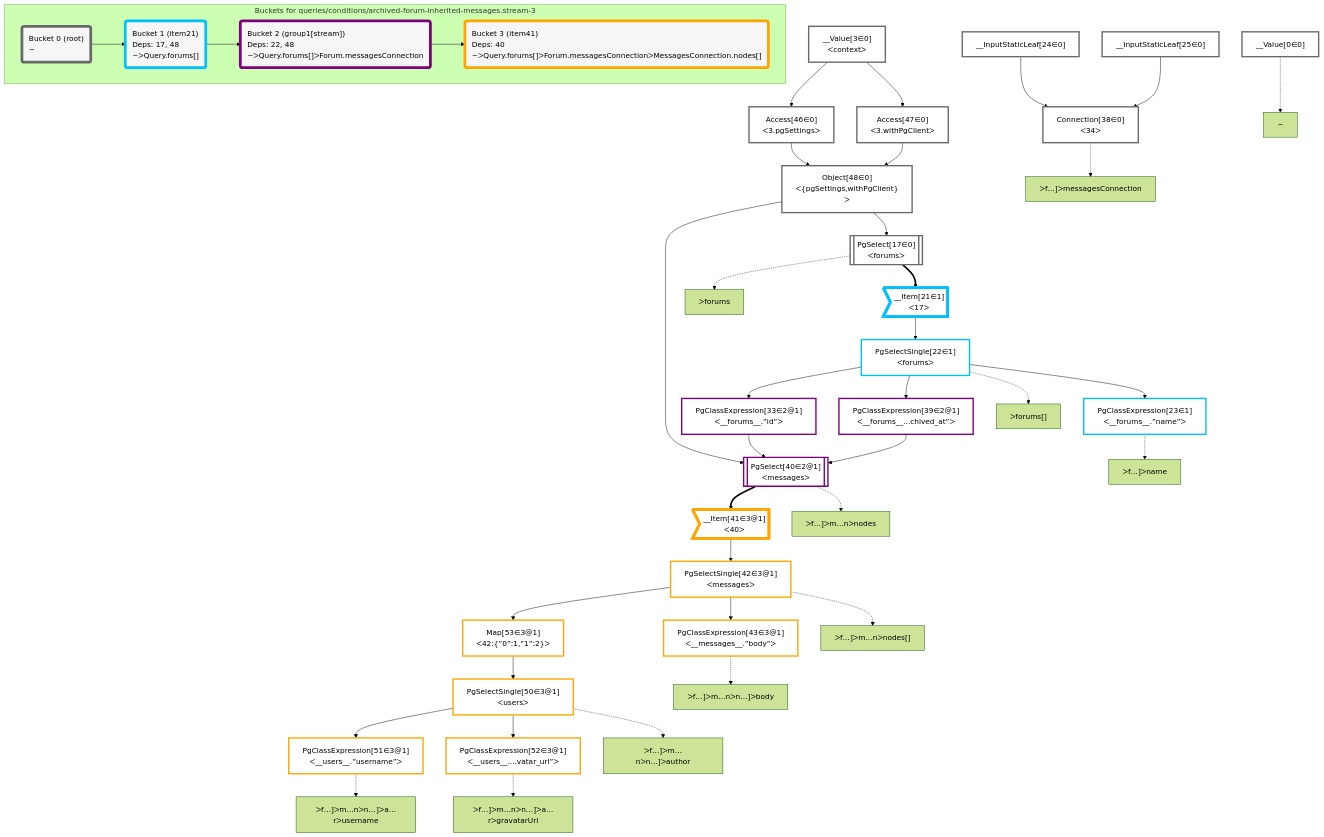
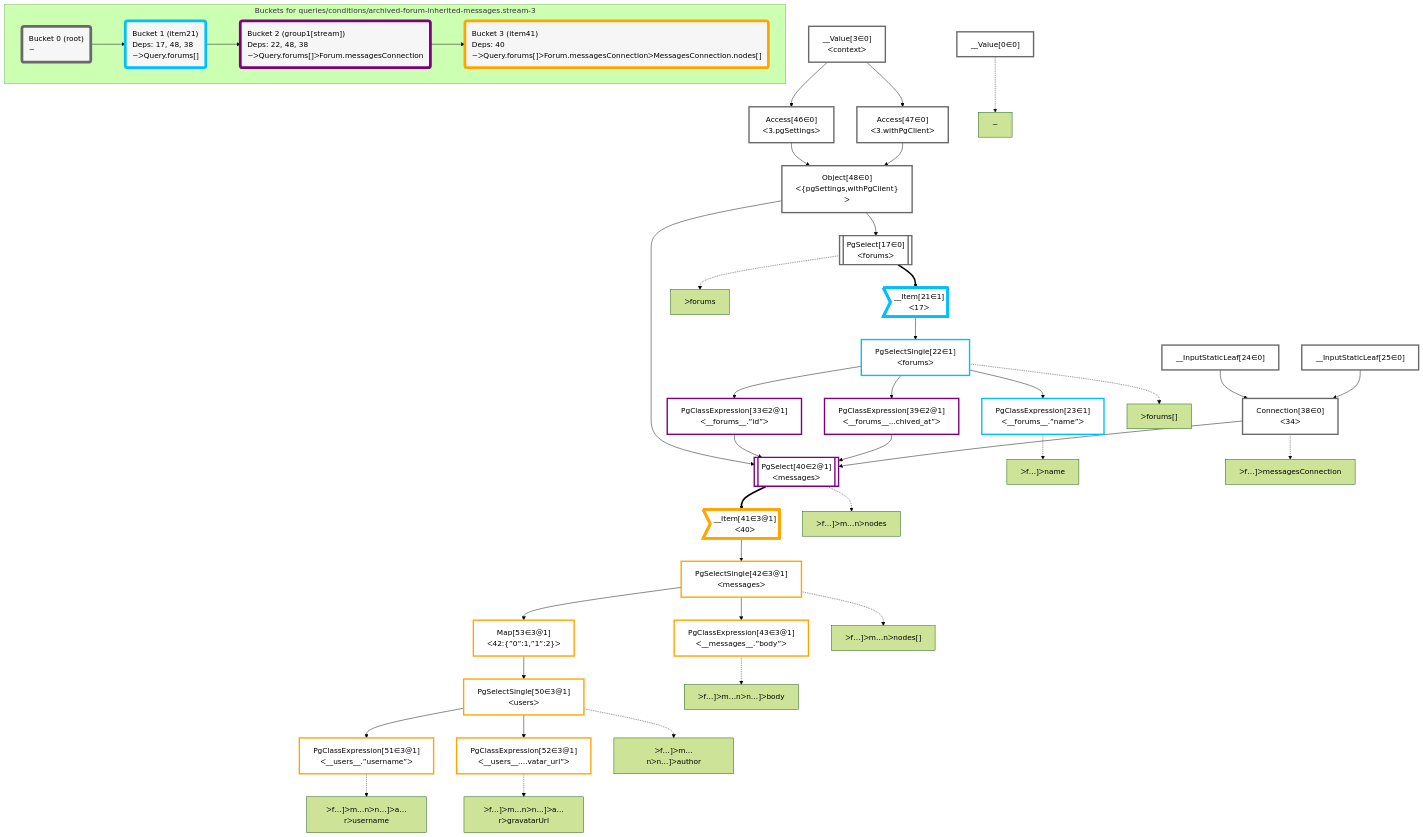
Before and after one commit to graphile/crystal: the diagram in packages/dataplan-pg/__tests__/queries/conditions/archived-forum-inherited-messages.stream-3.mermaid, drawn with Mermaid (forest theme). The commit also changed 53 other files, not shown here.

```diff
--- a/packages/dataplan-pg/__tests__/queries/conditions/archived-forum-inherited-messages.stream-3.mermaid
+++ b/packages/dataplan-pg/__tests__/queries/conditions/archived-forum-inherited-messages.stream-3.mermaid
@@ -1,93 +1,93 @@
 graph TD
     classDef path fill:#eee,stroke:#000,color:#000
     classDef plan fill:#fff,stroke-width:3px,color:#000
     classDef itemplan fill:#fff,stroke-width:6px,color:#000
     classDef sideeffectplan fill:#f00,stroke-width:6px,color:#000
     classDef bucket fill:#f6f6f6,color:#000,stroke-width:6px,text-align:left
 
 
     %% define plans
     __Value0["__Value[0∈0]"]:::plan
     __Value3["__Value[3∈0]<br />ᐸcontextᐳ"]:::plan
     Access46["Access[46∈0]<br />ᐸ3.pgSettingsᐳ"]:::plan
     Access47["Access[47∈0]<br />ᐸ3.withPgClientᐳ"]:::plan
     Object48["Object[48∈0]<br />ᐸ{pgSettings,withPgClient}ᐳ"]:::plan
     PgSelect17[["PgSelect[17∈0]<br />ᐸforumsᐳ"]]:::plan
     __Item21>"__Item[21∈1]<br />ᐸ17ᐳ"]:::itemplan
     PgSelectSingle22["PgSelectSingle[22∈1]<br />ᐸforumsᐳ"]:::plan
     PgClassExpression23["PgClassExpression[23∈1]<br />ᐸ__forums__.”name”ᐳ"]:::plan
     __InputStaticLeaf24["__InputStaticLeaf[24∈0]"]:::plan
     __InputStaticLeaf25["__InputStaticLeaf[25∈0]"]:::plan
     PgClassExpression33["PgClassExpression[33∈2@1]<br />ᐸ__forums__.”id”ᐳ"]:::plan
     Connection38["Connection[38∈0]<br />ᐸ34ᐳ"]:::plan
     PgClassExpression39["PgClassExpression[39∈2@1]<br />ᐸ__forums__...chived_at”ᐳ"]:::plan
     PgSelect40[["PgSelect[40∈2@1]<br />ᐸmessagesᐳ"]]:::plan
     __Item41>"__Item[41∈3@1]<br />ᐸ40ᐳ"]:::itemplan
     PgSelectSingle42["PgSelectSingle[42∈3@1]<br />ᐸmessagesᐳ"]:::plan
     PgClassExpression43["PgClassExpression[43∈3@1]<br />ᐸ__messages__.”body”ᐳ"]:::plan
     Map53["Map[53∈3@1]<br />ᐸ42:{”0”:1,”1”:2}ᐳ"]:::plan
     PgSelectSingle50["PgSelectSingle[50∈3@1]<br />ᐸusersᐳ"]:::plan
     PgClassExpression51["PgClassExpression[51∈3@1]<br />ᐸ__users__.”username”ᐳ"]:::plan
     PgClassExpression52["PgClassExpression[52∈3@1]<br />ᐸ__users__....vatar_url”ᐳ"]:::plan
 
     %% plan dependencies
     __Value3 --> Access46
     __Value3 --> Access47
     Access46 & Access47 --> Object48
     Object48 --> PgSelect17
     PgSelect17 ==> __Item21
     __Item21 --> PgSelectSingle22
     PgSelectSingle22 --> PgClassExpression23
     PgSelectSingle22 --> PgClassExpression33
     __InputStaticLeaf24 & __InputStaticLeaf25 --> Connection38
     PgSelectSingle22 --> PgClassExpression39
-    Object48 & PgClassExpression33 & PgClassExpression39 --> PgSelect40
+    Object48 & PgClassExpression33 & PgClassExpression39 & Connection38 --> PgSelect40
     PgSelect40 ==> __Item41
     __Item41 --> PgSelectSingle42
     PgSelectSingle42 --> PgClassExpression43
     PgSelectSingle42 --> Map53
     Map53 --> PgSelectSingle50
     PgSelectSingle50 --> PgClassExpression51
     PgSelectSingle50 --> PgClassExpression52
 
     %% plan-to-path relationships
     P0["~"]
     __Value0 -.-> P0
     P17["ᐳforums"]
     PgSelect17 -.-> P17
     P22["ᐳforums[]"]
     PgSelectSingle22 -.-> P22
     P23["ᐳf…]ᐳname"]
     PgClassExpression23 -.-> P23
     P38["ᐳf…]ᐳmessagesConnection"]
     Connection38 -.-> P38
     P40["ᐳf…]ᐳm…nᐳnodes"]
     PgSelect40 -.-> P40
     P42["ᐳf…]ᐳm…nᐳnodes[]"]
     PgSelectSingle42 -.-> P42
     P43["ᐳf…]ᐳm…nᐳn…]ᐳbody"]
     PgClassExpression43 -.-> P43
     P50["ᐳf…]ᐳm…nᐳn…]ᐳauthor"]
     PgSelectSingle50 -.-> P50
     P51["ᐳf…]ᐳm…nᐳn…]ᐳa…rᐳusername"]
     PgClassExpression51 -.-> P51
     P52["ᐳf…]ᐳm…nᐳn…]ᐳa…rᐳgravatarUrl"]
     PgClassExpression52 -.-> P52
 
     subgraph "Buckets for queries/conditions/archived-forum-inherited-messages.stream-3"
     Bucket0("Bucket 0 (root)<br />~"):::bucket
     classDef bucket0 stroke:#696969
     class Bucket0,__Value0,__Value3,PgSelect17,__InputStaticLeaf24,__InputStaticLeaf25,Connection38,Access46,Access47,Object48 bucket0
-    Bucket1("Bucket 1 (item21)<br />Deps: 17, 48<br />~ᐳQuery.forums[]"):::bucket
+    Bucket1("Bucket 1 (item21)<br />Deps: 17, 48, 38<br />~ᐳQuery.forums[]"):::bucket
     classDef bucket1 stroke:#00bfff
     class Bucket1,__Item21,PgSelectSingle22,PgClassExpression23 bucket1
-    Bucket2("Bucket 2 (group1[stream])<br />Deps: 22, 48<br />~ᐳQuery.forums[]ᐳForum.messagesConnection"):::bucket
+    Bucket2("Bucket 2 (group1[stream])<br />Deps: 22, 48, 38<br />~ᐳQuery.forums[]ᐳForum.messagesConnection"):::bucket
     classDef bucket2 stroke:#7f007f
     class Bucket2,PgClassExpression33,PgClassExpression39,PgSelect40 bucket2
     Bucket3("Bucket 3 (item41)<br />Deps: 40<br />~ᐳQuery.forums[]ᐳForum.messagesConnectionᐳMessagesConnection.nodes[]"):::bucket
     classDef bucket3 stroke:#ffa500
     class Bucket3,__Item41,PgSelectSingle42,PgClassExpression43,PgSelectSingle50,PgClassExpression51,PgClassExpression52,Map53 bucket3
     Bucket0 --> Bucket1
     Bucket1 --> Bucket2
     Bucket2 --> Bucket3
     end
```
